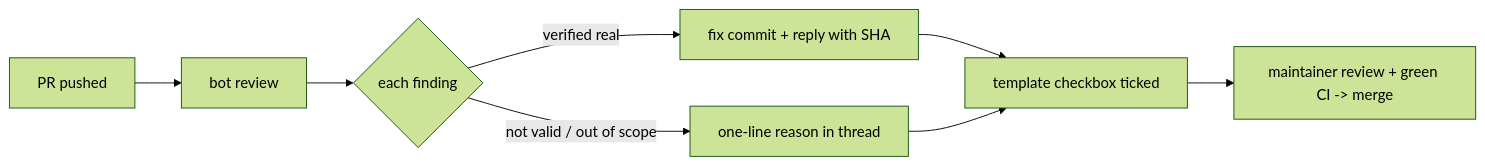
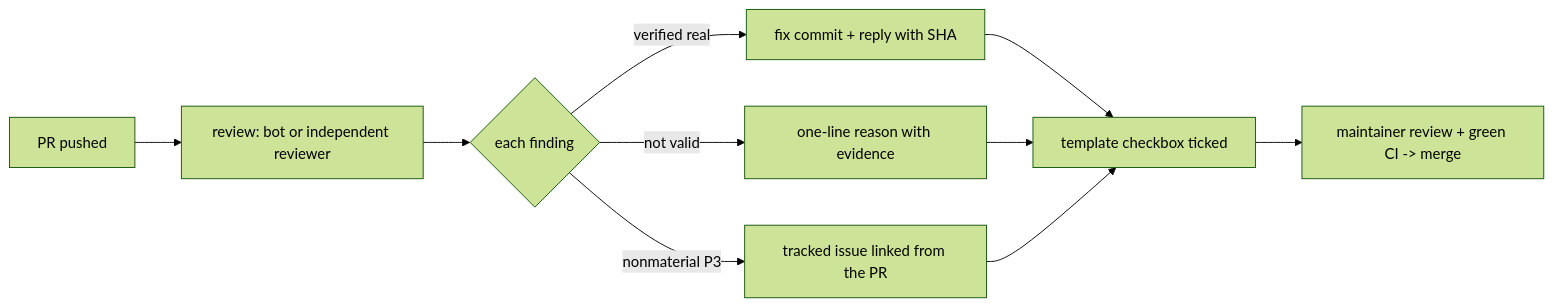
Before and after one commit to reihlinstinct/ginot-hair-plans: the diagram in design/ai-review-findings.md, drawn with Mermaid (forest theme). The commit also changed other lines of this file and 2 other files, not shown here.

Commit message:
docs: one rule for bot and independent findings; issue link only for nonmaterial; wording per Claude 6012897080

````diff
--- a/design/ai-review-findings.md
+++ b/design/ai-review-findings.md
@@ -67,10 +71,12 @@
 ```mermaid
 flowchart LR
-  PR[PR pushed] --> BOT[bot review]
+  PR[PR pushed] --> BOT[review: bot or independent reviewer]
   BOT --> F{each finding}
   F -->|verified real| FIX[fix commit + reply with SHA]
-  F -->|not valid / out of scope| REJ[one-line reason in thread]
+  F -->|not valid| REJ[one-line reason with evidence]
+  F -->|nonmaterial P3| ISS[tracked issue linked from the PR]
   FIX --> CHK[template checkbox ticked]
   REJ --> CHK
+  ISS --> CHK
   CHK --> M[maintainer review + green CI -> merge]
 ```
````
